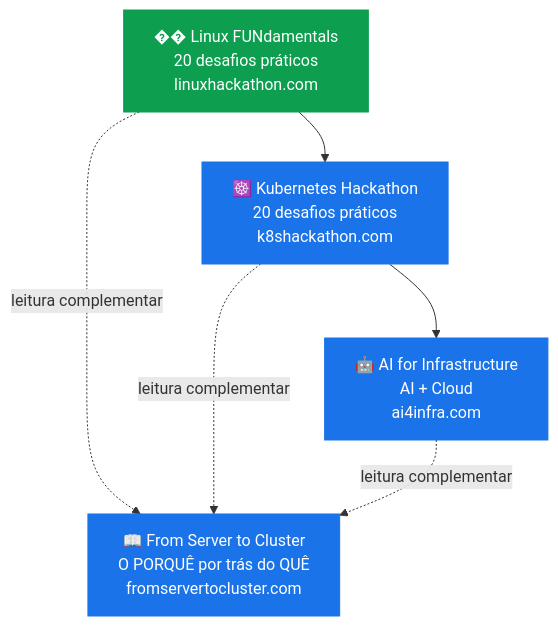
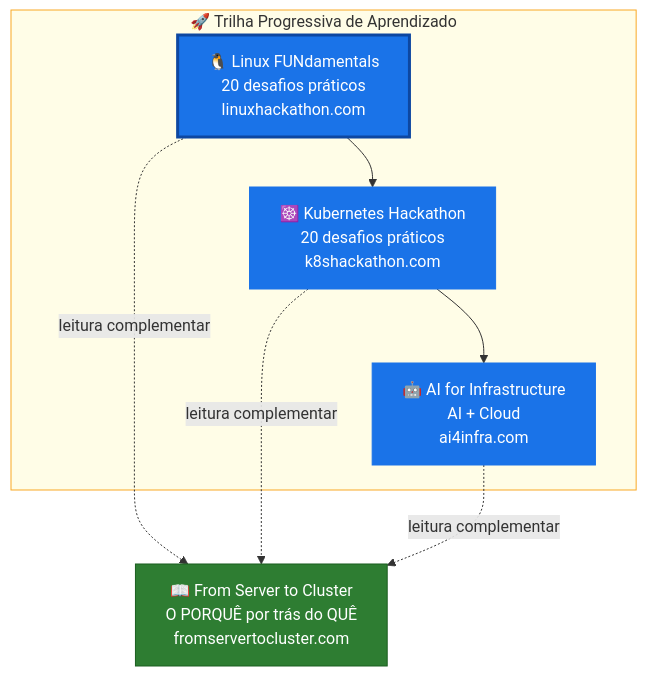
The diagram in README.md (ricmmartins/fasthack-linux), drawn with Mermaid before and after one commit.

Commit message:
atualiza diagrama Trilha de Aprendizado com estilo do k8shackathon

````diff
--- a/README.md
+++ b/README.md
@@ -96,12 +96,17 @@
 ```mermaid
 flowchart TD
-    A["�� Linux FUNdamentals\n20 desafios práticos\nlinuxhackathon.com"]:::green --> B["☸️ Kubernetes Hackathon\n20 desafios práticos\nk8shackathon.com"]:::blue
-    B --> C["🤖 AI for Infrastructure\nAI + Cloud\nai4infra.com"]:::blue
-    D["📖 From Server to Cluster\nO PORQUÊ por trás do QUÊ\nfromservertocluster.com"]:::blue
+    subgraph path["🚀 Trilha Progressiva de Aprendizado"]
+        A["🐧 Linux FUNdamentals\n20 desafios práticos\nlinuxhackathon.com"]:::highlight --> B["☸️ Kubernetes Hackathon\n20 desafios práticos\nk8shackathon.com"]:::blue
+        B --> C["🤖 AI for Infrastructure\nAI + Cloud\nai4infra.com"]:::blue
+    end
+    D["📖 From Server to Cluster\nO PORQUÊ por trás do QUÊ\nfromservertocluster.com"]:::green
     A -. "leitura complementar" .-> D
     B -. "leitura complementar" .-> D
     C -. "leitura complementar" .-> D
 
-    classDef green fill:#0d9e4f,stroke:#0d9e4f,color:#fff
+    classDef highlight fill:#1a73e8,stroke:#0d47a1,color:#fff,stroke-width:3px
     classDef blue fill:#1a73e8,stroke:#1a73e8,color:#fff
+    classDef green fill:#2e7d32,stroke:#1b5e20,color:#fff
+
+    style path fill:#fffde7,stroke:#f9a825,color:#333
 ```
````
